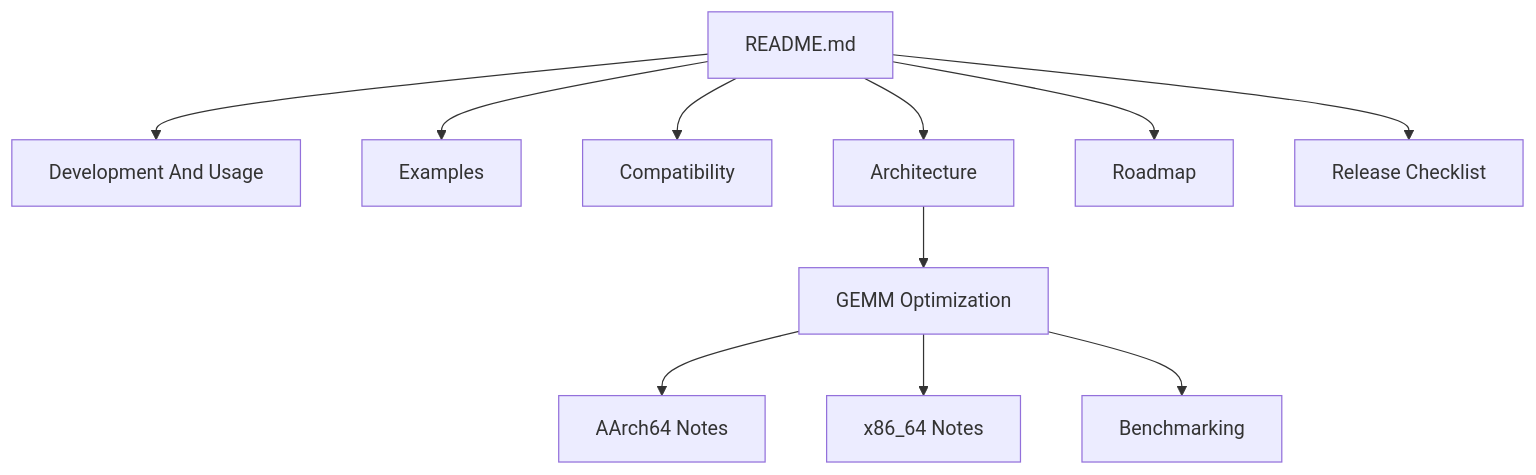
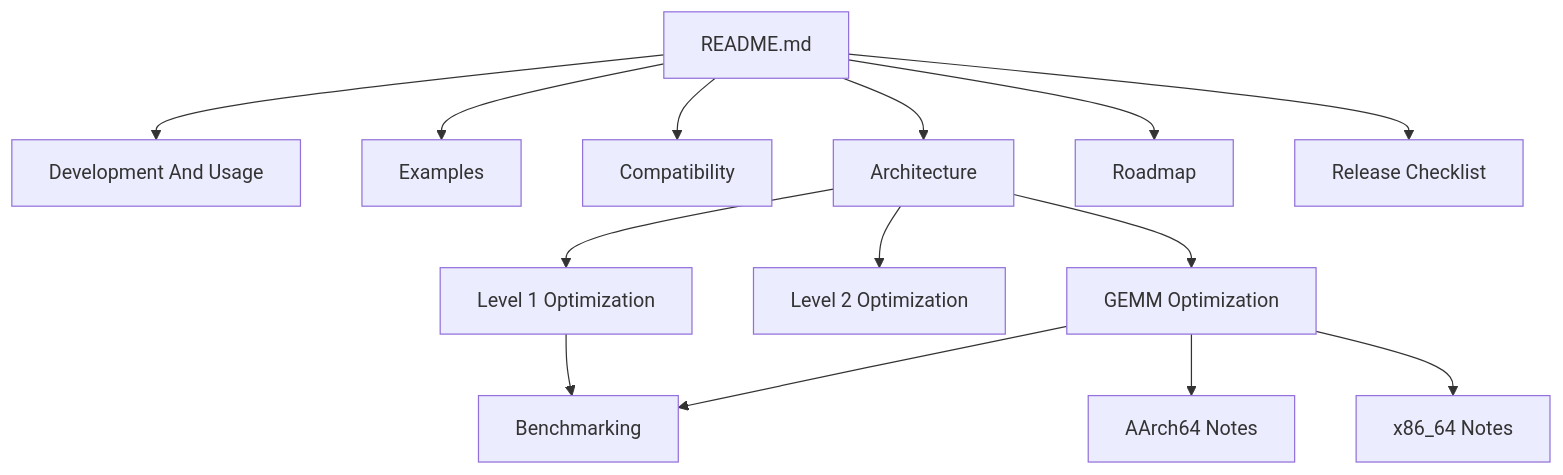
Before and after one commit to kaix-huang/Zynum: the diagram in docs/README.md, drawn with Mermaid. The commit also changed other lines of this file and 57 other files, not shown here.

````diff
--- a/docs/README.md
+++ b/docs/README.md
@@ -35,13 +37,16 @@
 ```mermaid
 flowchart TD
     A[README.md] --> B[Development And Usage]
     A --> C[Examples]
     A --> D[Compatibility]
     A --> E[Architecture]
-    E --> F[GEMM Optimization]
-    F --> G[AArch64 Notes]
-    F --> H[x86_64 Notes]
-    F --> I[Benchmarking]
-    A --> J[Roadmap]
-    A --> K[Release Checklist]
+    E --> F[Level 1 Optimization]
+    E --> M[Level 2 Optimization]
+    E --> G[GEMM Optimization]
+    G --> H[AArch64 Notes]
+    G --> I[x86_64 Notes]
+    F --> J[Benchmarking]
+    G --> J
+    A --> K[Roadmap]
+    A --> L[Release Checklist]
 ```
````
